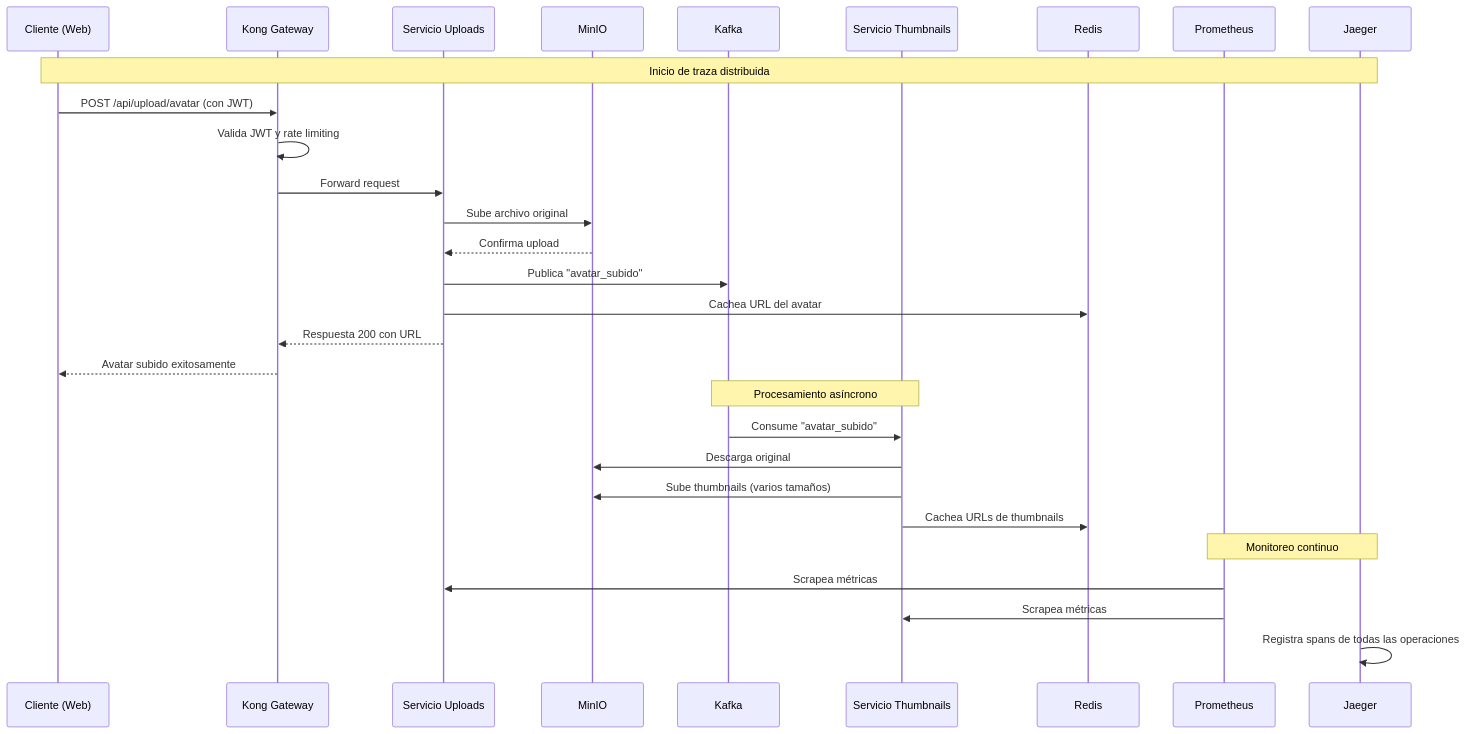
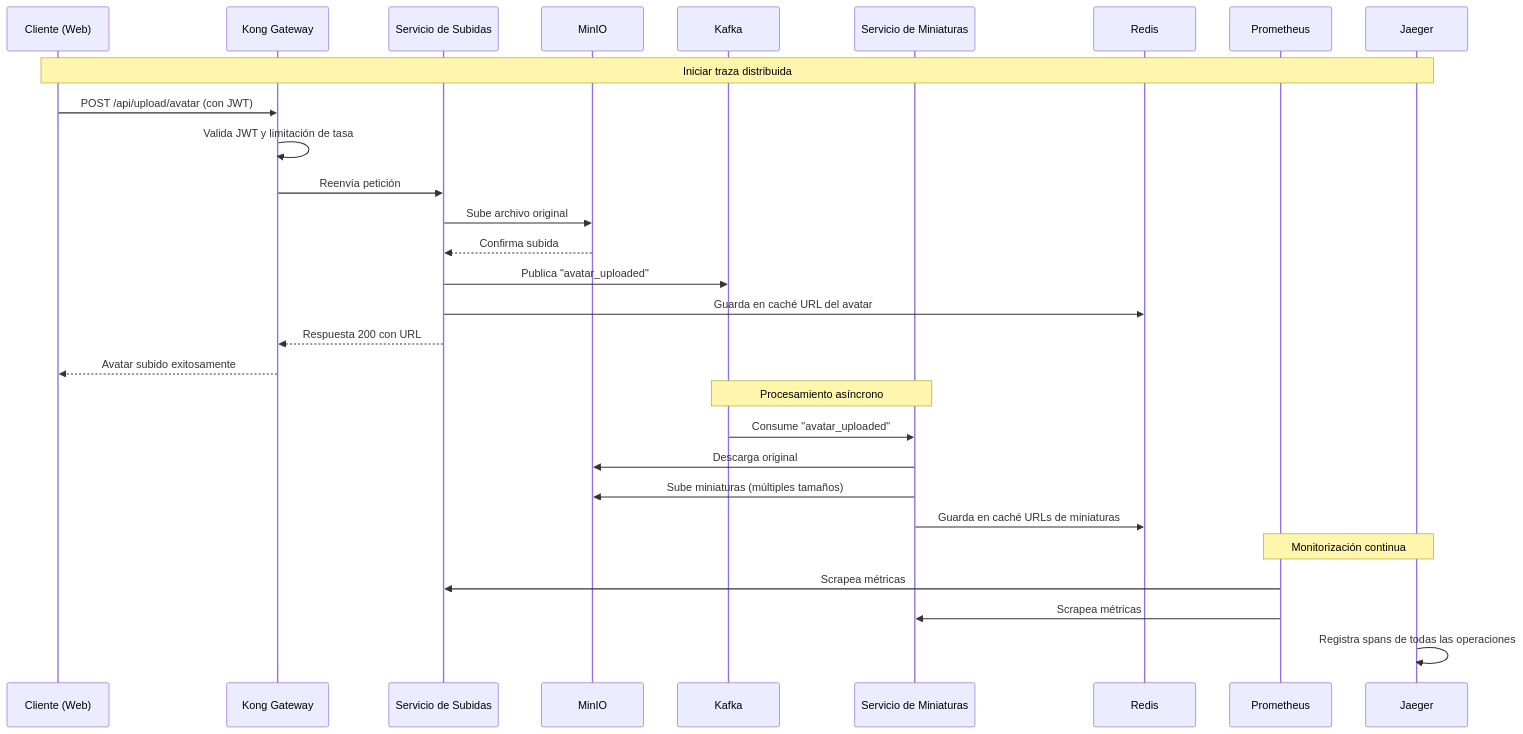
The first of 4 diagrams in README.es.md (Santiago1010/dev-container), drawn with Mermaid before and after one commit. The commit also changed other lines of this file and 3 other files, not shown here.

````diff
--- a/README.es.md
+++ b/README.es.md
@@ -162,34 +210,34 @@
 ```mermaid
 sequenceDiagram
     participant C as Cliente (Web)
     participant K as Kong Gateway
-    participant U as Servicio Uploads
+    participant U as Servicio de Subidas
     participant M as MinIO
     participant Ka as Kafka
-    participant T as Servicio Thumbnails
+    participant T as Servicio de Miniaturas
     participant R as Redis
     participant P as Prometheus
     participant J as Jaeger
 
-    Note over C,J: Inicio de traza distribuida
+    Note over C,J: Iniciar traza distribuida
     C->>K: POST /api/upload/avatar (con JWT)
-    K->>K: Valida JWT y rate limiting
-    K->>U: Forward request
+    K->>K: Valida JWT y limitación de tasa
+    K->>U: Reenvía petición
     U->>M: Sube archivo original
-    M-->>U: Confirma upload
-    U->>Ka: Publica "avatar_subido"
-    U->>R: Cachea URL del avatar
+    M-->>U: Confirma subida
+    U->>Ka: Publica "avatar_uploaded"
+    U->>R: Guarda en caché URL del avatar
     U-->>K: Respuesta 200 con URL
     K-->>C: Avatar subido exitosamente
     
     Note over Ka,T: Procesamiento asíncrono
-    Ka->>T: Consume "avatar_subido"
+    Ka->>T: Consume "avatar_uploaded"
     T->>M: Descarga original
-    T->>M: Sube thumbnails (varios tamaños)
-    T->>R: Cachea URLs de thumbnails
+    T->>M: Sube miniaturas (múltiples tamaños)
+    T->>R: Guarda en caché URLs de miniaturas
     
-    Note over P,J: Monitoreo continuo
+    Note over P,J: Monitorización continua
     P->>U: Scrapea métricas
     P->>T: Scrapea métricas
     J->>J: Registra spans de todas las operaciones
 ```
````
